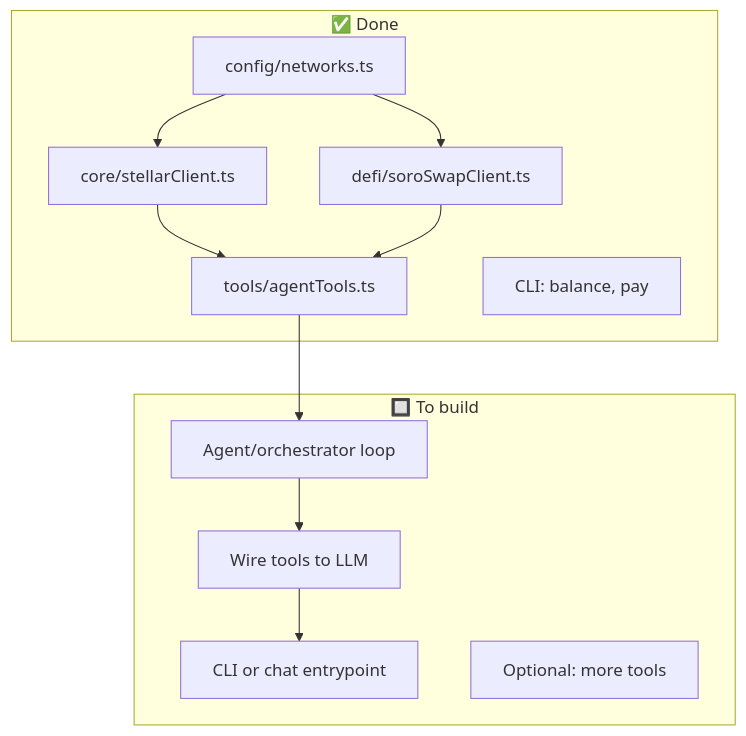
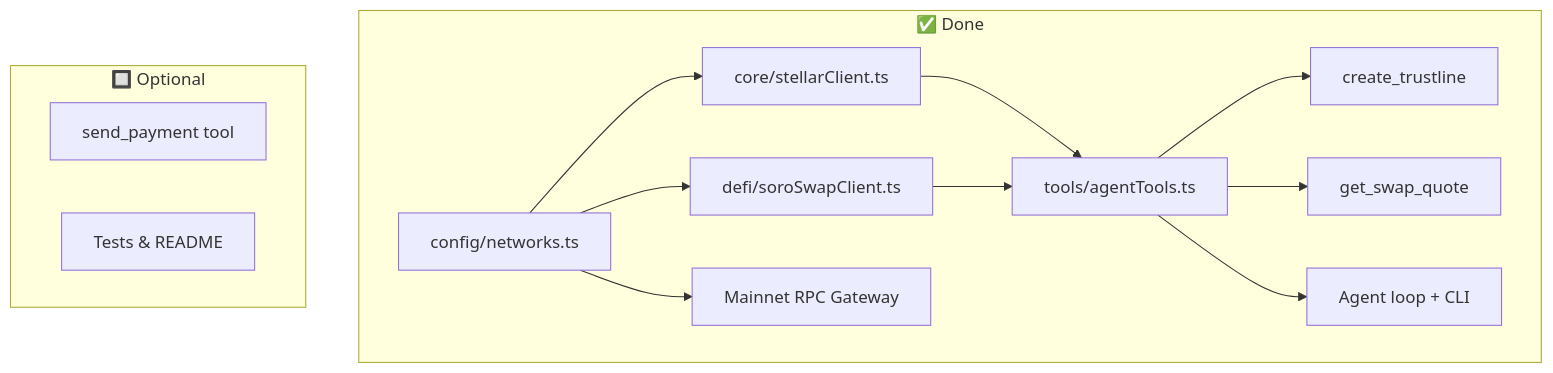
Before and after one commit to CodewMilan/stellar-agent-kit: the second of 7 diagrams in FLOWCHART.md, drawn with Mermaid. The commit also changed other lines of this file, not shown here.

````diff
--- a/FLOWCHART.md
+++ b/FLOWCHART.md
@@ -57,25 +64,27 @@
 ```mermaid
 flowchart TB
     subgraph Done["✅ Done"]
         D1[config/networks.ts]
         D2[core/stellarClient.ts]
         D3[defi/soroSwapClient.ts]
         D4[tools/agentTools.ts]
-        D5[CLI: balance, pay]
+        D5[create_trustline]
+        D6[get_swap_quote]
+        D7[Agent loop + CLI]
+        D8[Mainnet RPC Gateway]
     end
 
-    subgraph Next["🔲 To build"]
-        N1[Agent/orchestrator loop]
-        N2[Wire tools to LLM]
-        N3[CLI or chat entrypoint]
-        N4[Optional: more tools]
+    subgraph Next["🔲 Optional"]
+        N1[send_payment tool]
+        N2[Tests & README]
     end
 
     D1 --> D2
     D1 --> D3
     D2 --> D4
     D3 --> D4
-    D4 --> N1
-    N1 --> N2
-    N2 --> N3
+    D4 --> D5
+    D4 --> D6
+    D4 --> D7
+    D1 --> D8
 ```
````
